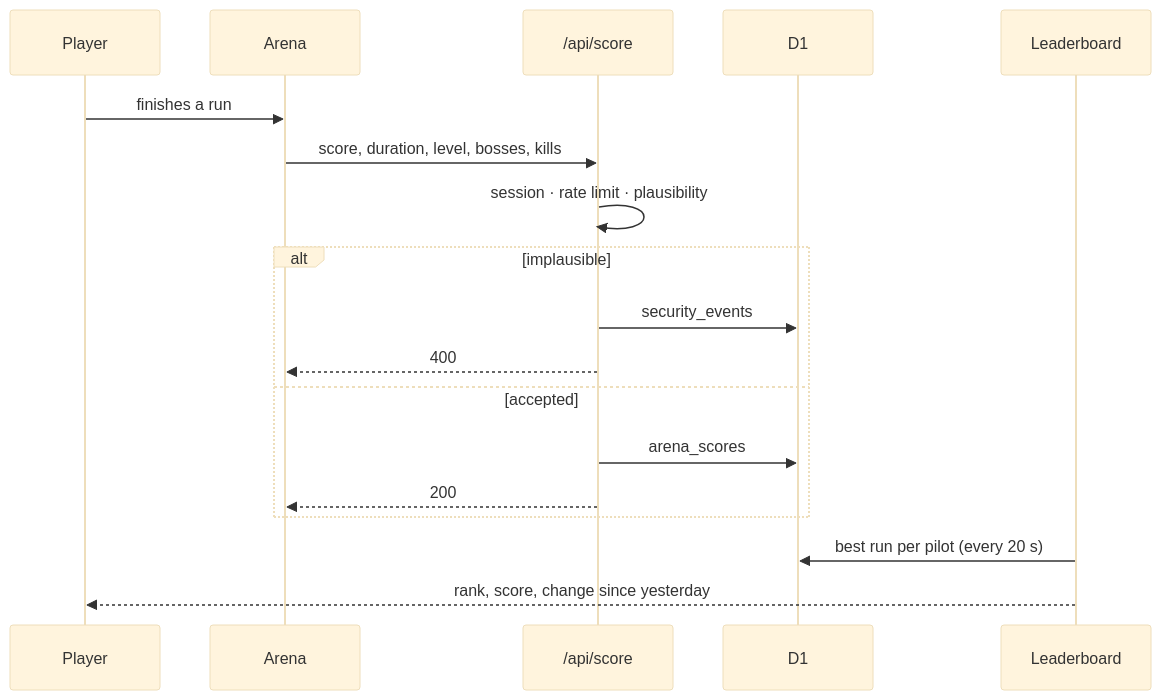
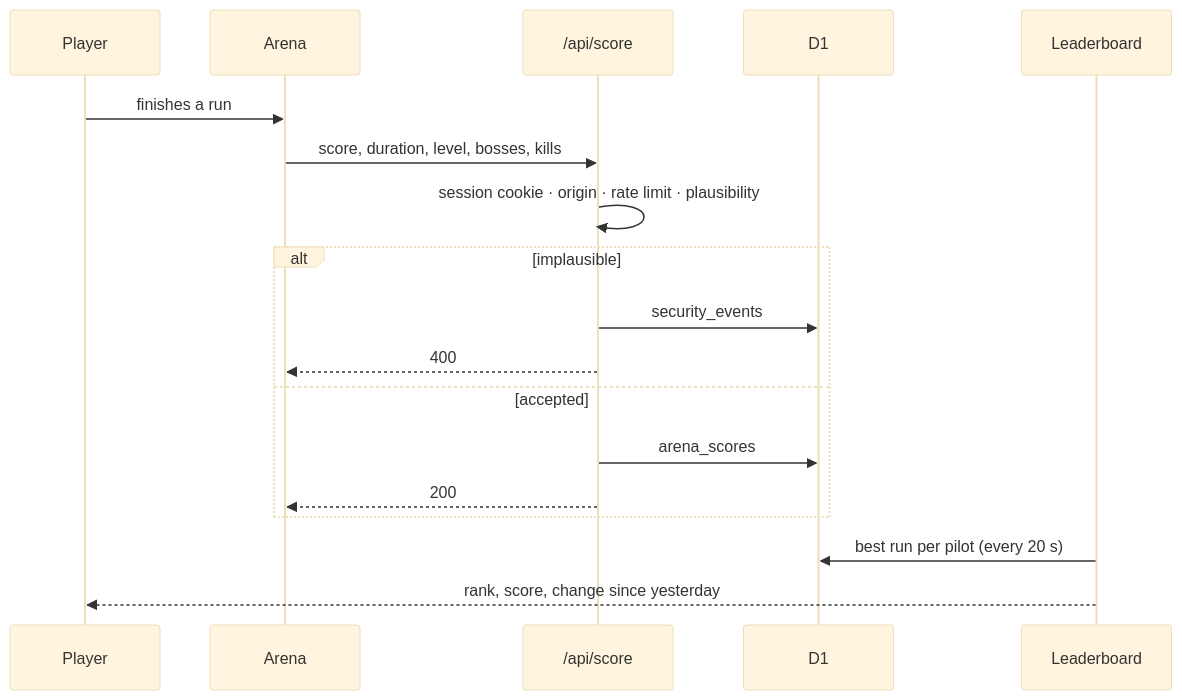
Before and after one commit to forgeonsol/starforge: the second of 2 diagrams in README.md, drawn with Mermaid (base theme). The commit also changed other lines of this file and 34 other files, not shown here.

````diff
--- a/README.md
+++ b/README.md
@@ -73,20 +77,20 @@
 ```mermaid
 sequenceDiagram
   participant P as Player
   participant A as Arena
   participant S as /api/score
   participant DB as D1
   participant B as Leaderboard
   P->>A: finishes a run
   A->>S: score, duration, level, bosses, kills
-  S->>S: session · rate limit · plausibility
+  S->>S: session cookie · origin · rate limit · plausibility
   alt implausible
     S->>DB: security_events
     S-->>A: 400
   else accepted
     S->>DB: arena_scores
     S-->>A: 200
   end
   B->>DB: best run per pilot (every 20 s)
   B-->>P: rank, score, change since yesterday
 ```
````
